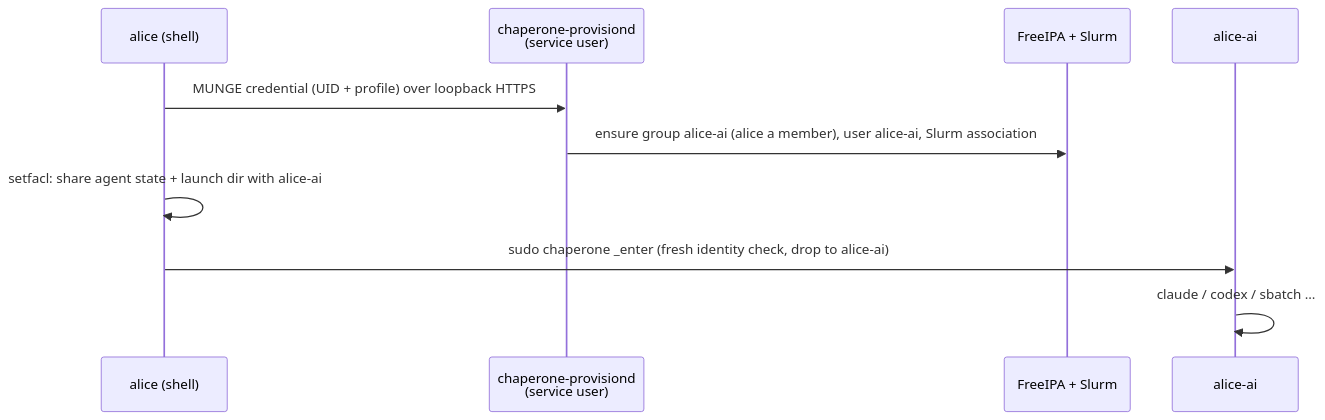
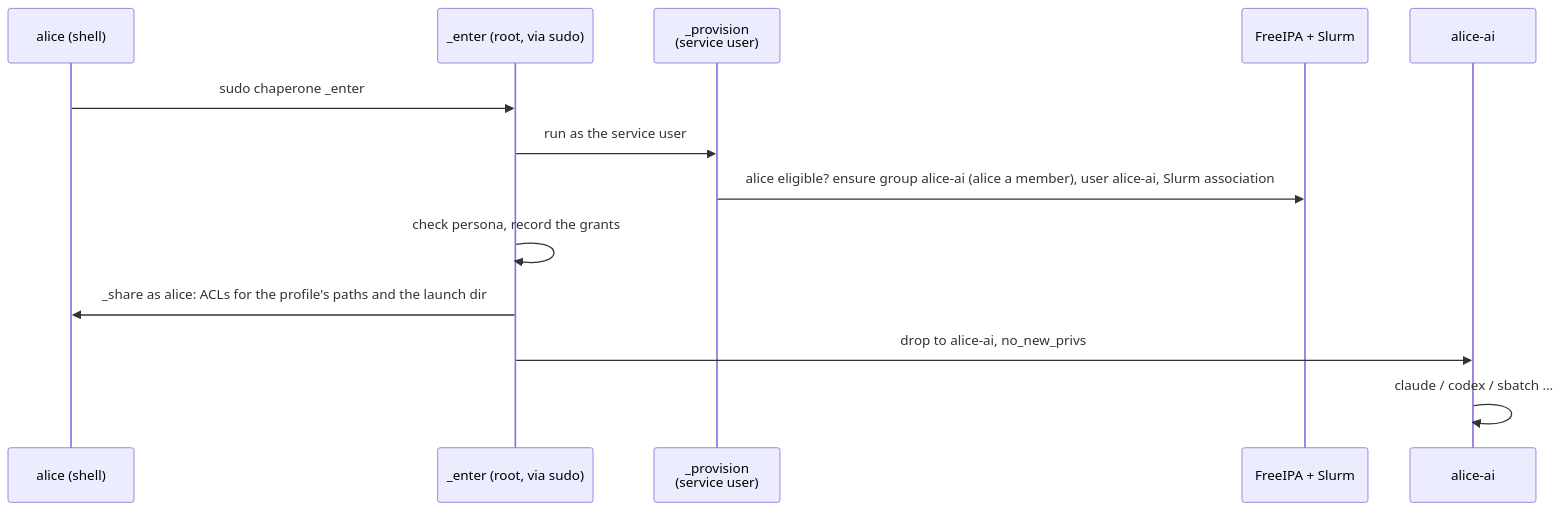
One commit to HudoGriz/hpc-chaperone changed the diagram in README.md. Above: the diagram before and after it, drawn with Mermaid. The commit also changed other lines of this file and 27 other files, not shown here.

````diff
--- a/README.md
+++ b/README.md
@@ -51,12 +55,15 @@
 ```mermaid
 sequenceDiagram
     participant H as alice (shell)
-    participant B as chaperone-provisiond<br/>(service user)
+    participant E as _enter (root, via sudo)
+    participant B as _provision<br/>(service user)
     participant D as FreeIPA + Slurm
     participant P as alice-ai
-    H->>B: MUNGE credential (UID + profile) over loopback HTTPS
-    B->>D: ensure group alice-ai (alice a member), user alice-ai, Slurm association
-    H->>H: setfacl: share agent state + launch dir with alice-ai
-    H->>P: sudo chaperone _enter (fresh identity check, drop to alice-ai)
+    H->>E: sudo chaperone _enter
+    E->>B: run as the service user
+    B->>D: alice eligible? ensure group alice-ai (alice a member), user alice-ai, Slurm association
+    E->>E: check persona, record the grants
+    E->>H: _share as alice: ACLs for the profile's paths and the launch dir
+    E->>P: drop to alice-ai, no_new_privs
     P->>P: claude / codex / sbatch …
 ```
````
